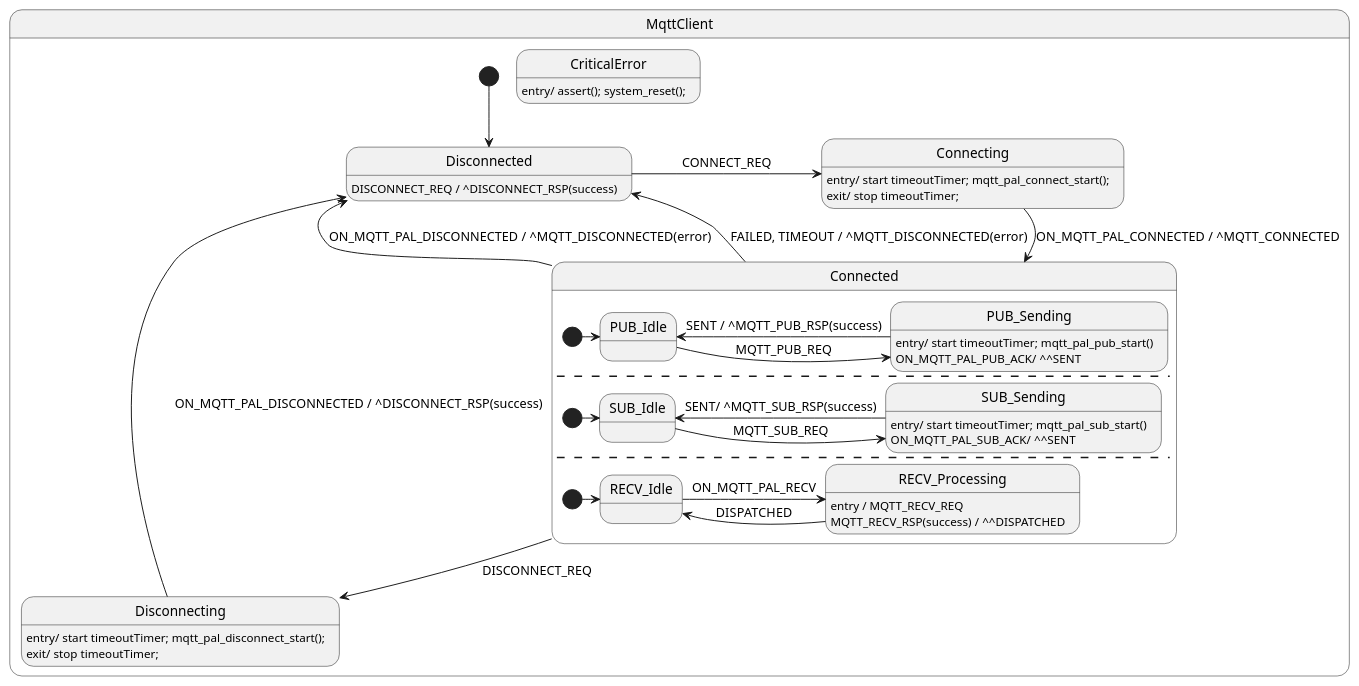
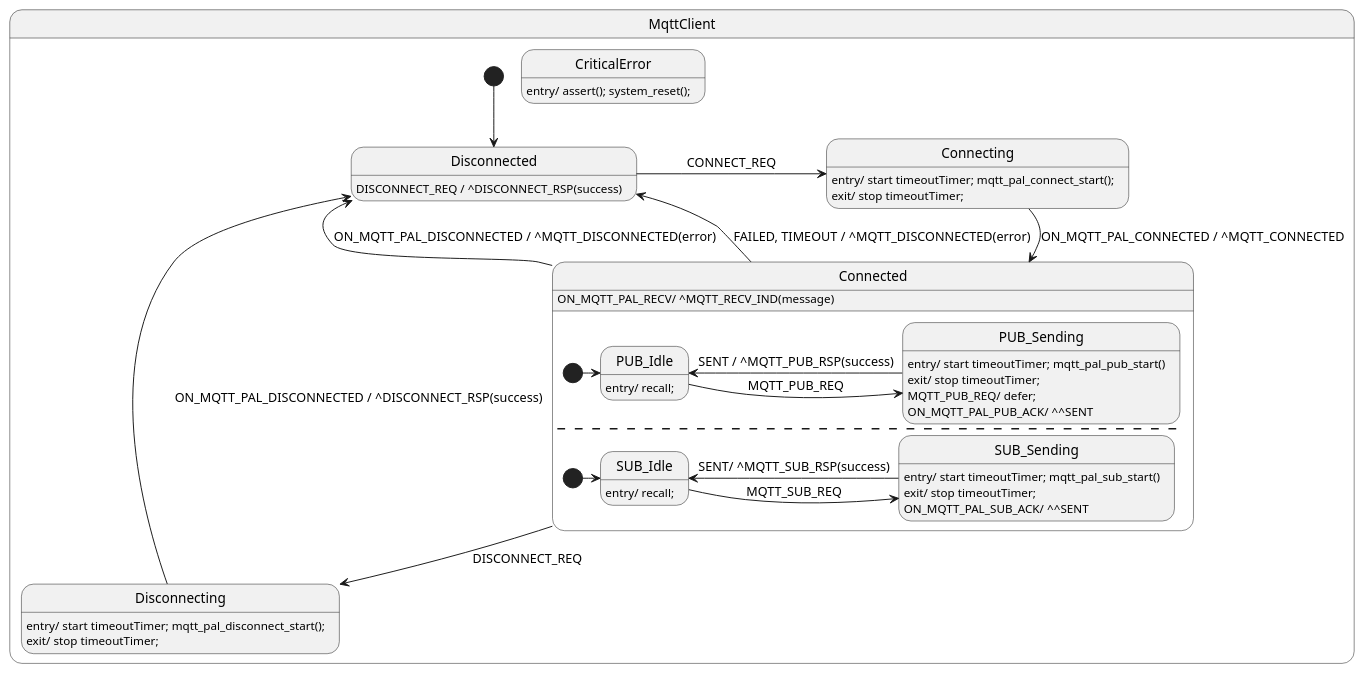
Before and after one commit to vaavva/azure-sdk-for-c-hfsm: the diagram in sdk/docs/iot/resources/iot_hsm_mqtt.puml, drawn with PlantUML.

Commit message:
MQTT state machine with orthogonal regions.

```diff
--- a/sdk/docs/iot/resources/iot_hsm_mqtt.puml
+++ b/sdk/docs/iot/resources/iot_hsm_mqtt.puml
@@ -1,61 +1,62 @@
 @startuml
 
 state MqttClient {
 
     state Disconnected
     [*] --> Disconnected
     Disconnected : DISCONNECT_REQ / ^DISCONNECT_RSP(success)
 
     state Connecting
     Connecting : entry/ start timeoutTimer; mqtt_pal_connect_start();
     Connecting : exit/ stop timeoutTimer;
 
     state Disconnecting
     Disconnecting: entry/ start timeoutTimer; mqtt_pal_disconnect_start();
     Disconnecting: exit/ stop timeoutTimer;
 
     state CriticalError
     CriticalError: entry/ assert(); system_reset();
 
     Disconnected -> Connecting : CONNECT_REQ
     Connecting --> Connected : ON_MQTT_PAL_CONNECTED / ^MQTT_CONNECTED
     Connected --> Disconnected : ON_MQTT_PAL_DISCONNECTED / ^MQTT_DISCONNECTED(error)
     Disconnecting --> Disconnected : ON_MQTT_PAL_DISCONNECTED / ^DISCONNECT_RSP(success)
     Connected --> Disconnecting : DISCONNECT_REQ
     Connected --> Disconnected : FAILED, TIMEOUT / ^MQTT_DISCONNECTED(error)
 
+    ' Note: the following state machine definition does not support MQTT send pipeline 
+    ' (i.e. sending PUB SUB without waiting for the respective ACKs).
     state Connected {
+        Connected : ON_MQTT_PAL_RECV/ ^MQTT_RECV_IND(message)
+
         state PUB_Idle
         state PUB_Sending
-
         [*] -> PUB_Idle
         PUB_Idle -> PUB_Sending : MQTT_PUB_REQ
         PUB_Sending -> PUB_Idle : SENT / ^MQTT_PUB_RSP(success)
         
+        PUB_Idle : entry/ recall;
+
         PUB_Sending : entry/ start timeoutTimer; mqtt_pal_pub_start()
+        PUB_Sending : exit/ stop timeoutTimer;
+        PUB_Sending : MQTT_PUB_REQ/ defer;
         PUB_Sending : ON_MQTT_PAL_PUB_ACK/ ^^SENT
+
         ---
         state SUB_Idle
         state SUB_Sending
 
         [*] -> SUB_Idle
         SUB_Idle -> SUB_Sending : MQTT_SUB_REQ
         SUB_Sending -> SUB_Idle : SENT/ ^MQTT_SUB_RSP(success)
 
+        SUB_Idle : entry/ recall;
+
         SUB_Sending : entry/ start timeoutTimer; mqtt_pal_sub_start()
+        SUB_Sending : exit/ stop timeoutTimer;
         SUB_Sending : ON_MQTT_PAL_SUB_ACK/ ^^SENT
-        ---
-        state RECV_Idle
-        state RECV_Processing
-
-        [*] -> RECV_Idle
-        RECV_Idle -> RECV_Processing : ON_MQTT_PAL_RECV
-        RECV_Processing -> RECV_Idle : DISPATCHED
-
-        RECV_Processing : entry / MQTT_RECV_REQ
-        RECV_Processing : MQTT_RECV_RSP(success) / ^^DISPATCHED
     }
 
 }
 
 @enduml
```
